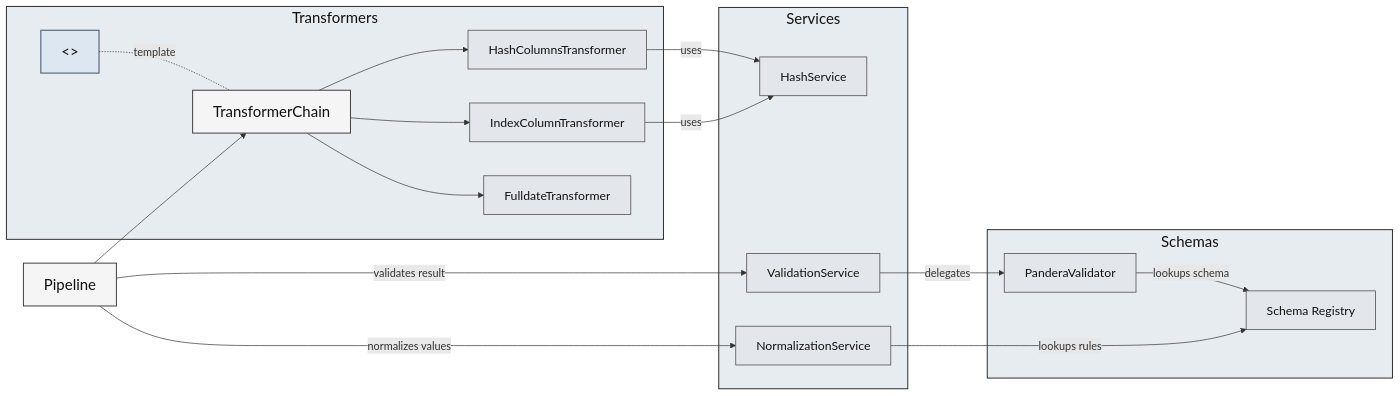
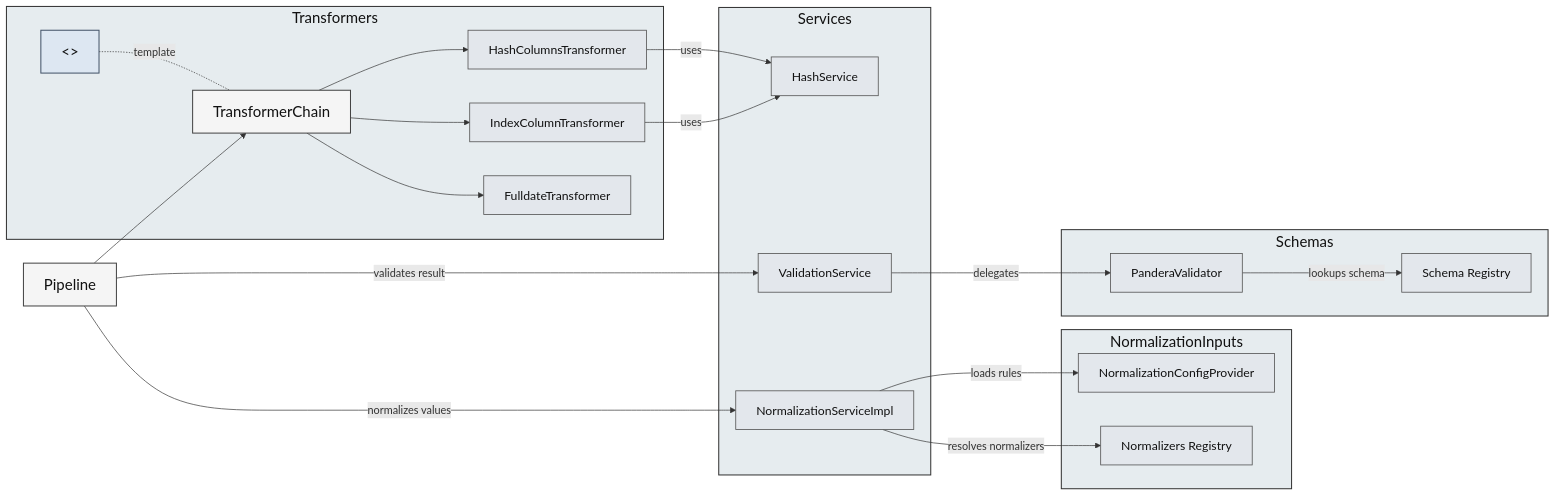
The diagram in docs/architecture/diagrams/flow/domain-services-transform.mmd (SatoryKono/BioactivityDataAcquisition), drawn with Mermaid before and after one commit. The commit also changed 7 other files, not shown here.

```diff
--- a/docs/architecture/diagrams/flow/domain-services-transform.mmd
+++ b/docs/architecture/diagrams/flow/domain-services-transform.mmd
@@ -1,47 +1,54 @@
 ---
 id: 8f0f89c8-5cff-4b57-a4b9-b5443c28908a
 ---
 flowchart LR
 
 classDef domainPrimary   fill:#f5f5f5,stroke:#444,stroke-width:1.5px,color:#111,font-size:22px;
 classDef domainSecondary fill:#e3e7ec,stroke:#555,stroke-width:1.2px,color:#111,font-size:18px;
 classDef interface       fill:#dde7f2,stroke:#44546a,stroke-width:1.5px,color:#111,font-size:22px;
 classDef group           fill:#e6ecef,stroke:#333,stroke-width:1.5px,color:#111,font-size:22px;
 
 subgraph Transformers
     T_Chain[TransformerChain]:::domainPrimary
     T_Hash[HashColumnsTransformer]:::domainSecondary
     T_Index[IndexColumnTransformer]:::domainSecondary
     T_Date[FulldateTransformer]:::domainSecondary
     T_ABC[<<TransformerABC>>]:::interface
 end
 class Transformers group;
 
 subgraph Services
     HS[HashService]:::domainSecondary
     VS[ValidationService]:::domainSecondary
-    NS[NormalizationService]:::domainSecondary
+    NS[NormalizationServiceImpl]:::domainSecondary
 end
 class Services group;
 
 subgraph Schemas
     PS[PanderaValidator]:::domainSecondary
     Registry[Schema Registry]:::domainSecondary
 end
 class Schemas group;
+
+subgraph NormalizationInputs
+    NCfg[NormalizationConfigProvider]:::domainSecondary
+    Normalizers[Normalizers Registry]:::domainSecondary
+end
+class NormalizationInputs group;
 
 Pipeline[Pipeline]:::domainPrimary --> T_Chain
 T_Chain --> T_Hash
 T_Chain --> T_Index
 T_Chain --> T_Date
 T_ABC -. template .- T_Chain
 
 T_Hash -- uses --> HS
 T_Index -- uses --> HS
 
 Pipeline -- validates result --> VS
 Pipeline -- normalizes values --> NS
 
 VS -- delegates --> PS
 PS -- lookups schema --> Registry
-NS -- lookups rules --> Registry
+NS -- loads rules --> NCfg
+NS -- resolves normalizers --> Normalizers
```
